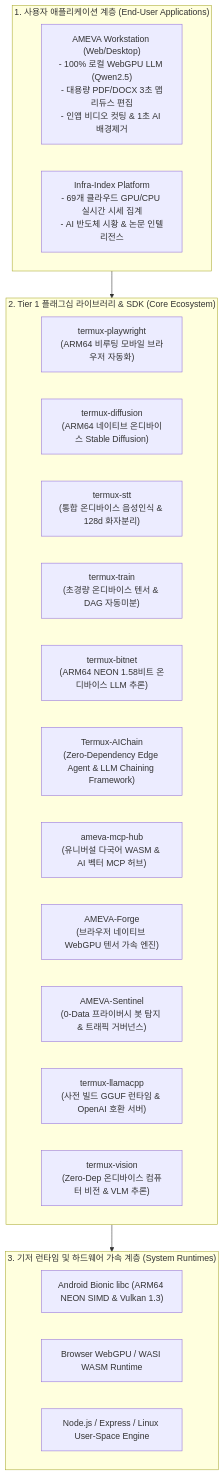
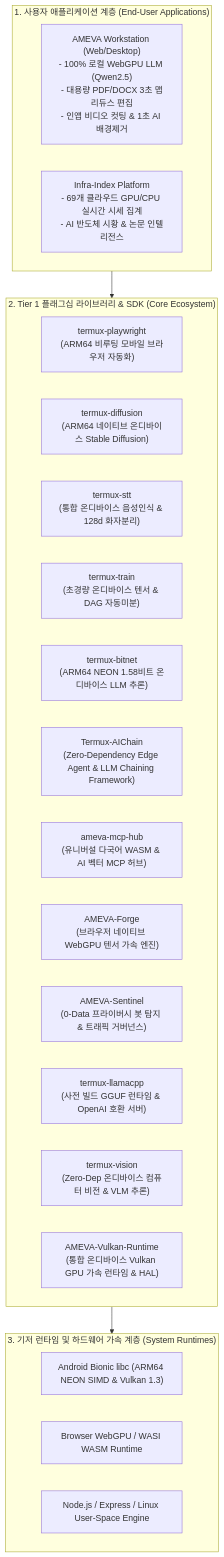
Before and after one commit to uno-km/uno-km: the diagram in FOUNDATION.md, drawn with Mermaid. The commit also changed other lines of this file and 33 other files, not shown here.

Commit message:
feat(ecosystem): integrate AMEVA-Vulkan-Runtime to central portal, build 4-button catalog cards (Docs/npm/PyPI/GitHub), and sync web documents

````diff
--- a/FOUNDATION.md
+++ b/FOUNDATION.md
@@ -80,30 +80,31 @@
 ```mermaid
 flowchart TD
     subgraph AppLayer ["1. 사용자 애플리케이션 계층 (End-User Applications)"]
         Workstation["AMEVA Workstation (Web/Desktop)<br/>- 100% 로컬 WebGPU LLM (Qwen2.5)<br/>- 대용량 PDF/DOCX 3초 맵리듀스 편집<br/>- 인앱 비디오 컷팅 & 1초 AI 배경제거"]
         InfraIndex["Infra-Index Platform<br/>- 69개 클라우드 GPU/CPU 실시간 시세 집계<br/>- AI 반도체 시황 & 논문 인텔리전스"]
     end
 
     subgraph CoreLibs ["2. Tier 1 플래그십 라이브러리 & SDK (Core Ecosystem)"]
         Playwright["termux-playwright<br/>(ARM64 비루팅 모바일 브라우저 자동화)"]
         Diffusion["termux-diffusion<br/>(ARM64 네이티브 온디바이스 Stable Diffusion)"]
         STT["termux-stt<br/>(통합 온디바이스 음성인식 & 128d 화자분리)"]
         Train["termux-train<br/>(초경량 온디바이스 텐서 & DAG 자동미분)"]
         BitNet["termux-bitnet<br/>(ARM64 NEON 1.58비트 온디바이스 LLM 추론)"]
         AIChain["Termux-AIChain<br/>(Zero-Dependency Edge Agent & LLM Chaining Framework)"]
         MCPHub["ameva-mcp-hub<br/>(유니버설 다국어 WASM & AI 벡터 MCP 허브)"]
         Forge["AMEVA-Forge<br/>(브라우저 네이티브 WebGPU 텐서 가속 엔진)"]
         Sentinel["AMEVA-Sentinel<br/>(0-Data 프라이버시 봇 탐지 & 트래픽 거버넌스)"]
         LlamaCpp["termux-llamacpp<br/>(사전 빌드 GGUF 런타임 & OpenAI 호환 서버)"]
         Vision["termux-vision<br/>(Zero-Dep 온디바이스 컴퓨터 비전 & VLM 추론)"]
+        VulkanRuntime["AMEVA-Vulkan-Runtime<br/>(통합 온디바이스 Vulkan GPU 가속 런타임 & HAL)"]
     end
 
     subgraph RuntimeLayer ["3. 기저 런타임 및 하드웨어 가속 계층 (System Runtimes)"]
         AndroidBionic["Android Bionic libc (ARM64 NEON SIMD & Vulkan 1.3)"]
         WebGPU_WASM["Browser WebGPU / WASI WASM Runtime"]
         NodeLinux["Node.js / Express / Linux User-Space Engine"]
     end
 
     AppLayer --> CoreLibs
     CoreLibs --> RuntimeLayer
 ```
````
